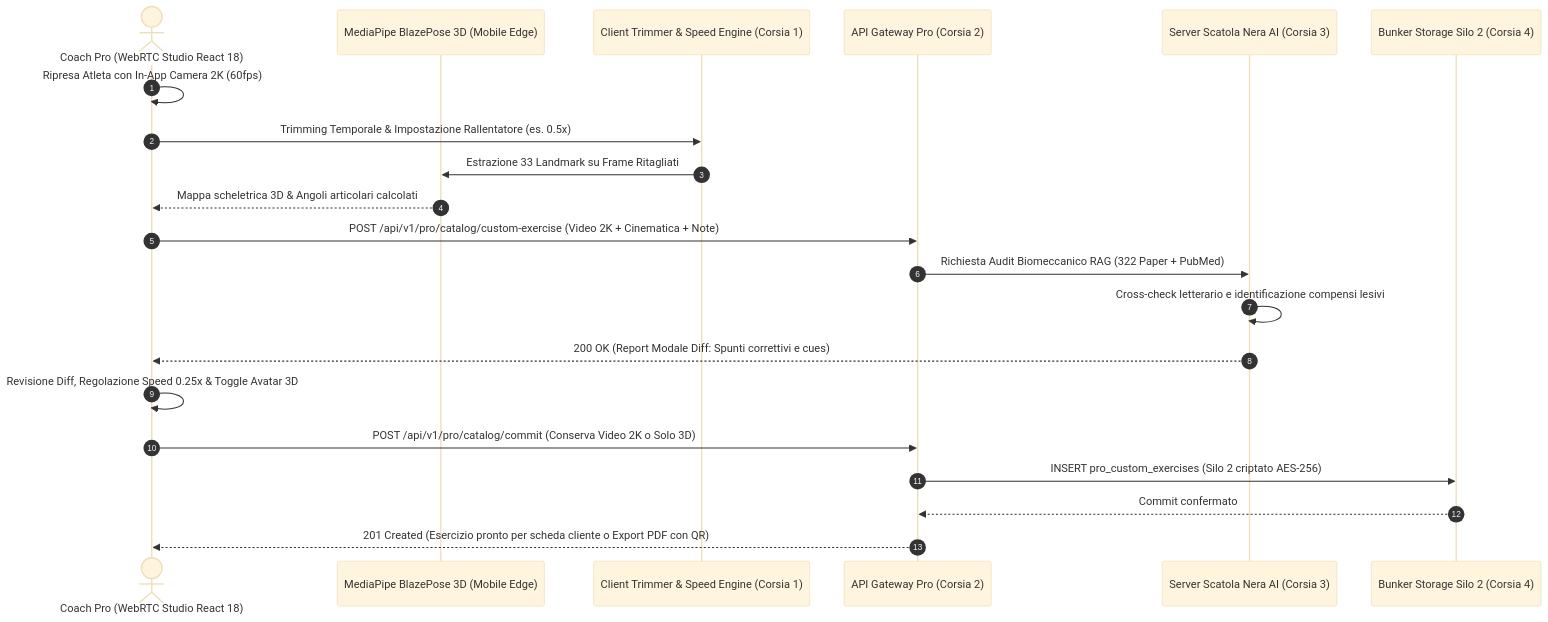
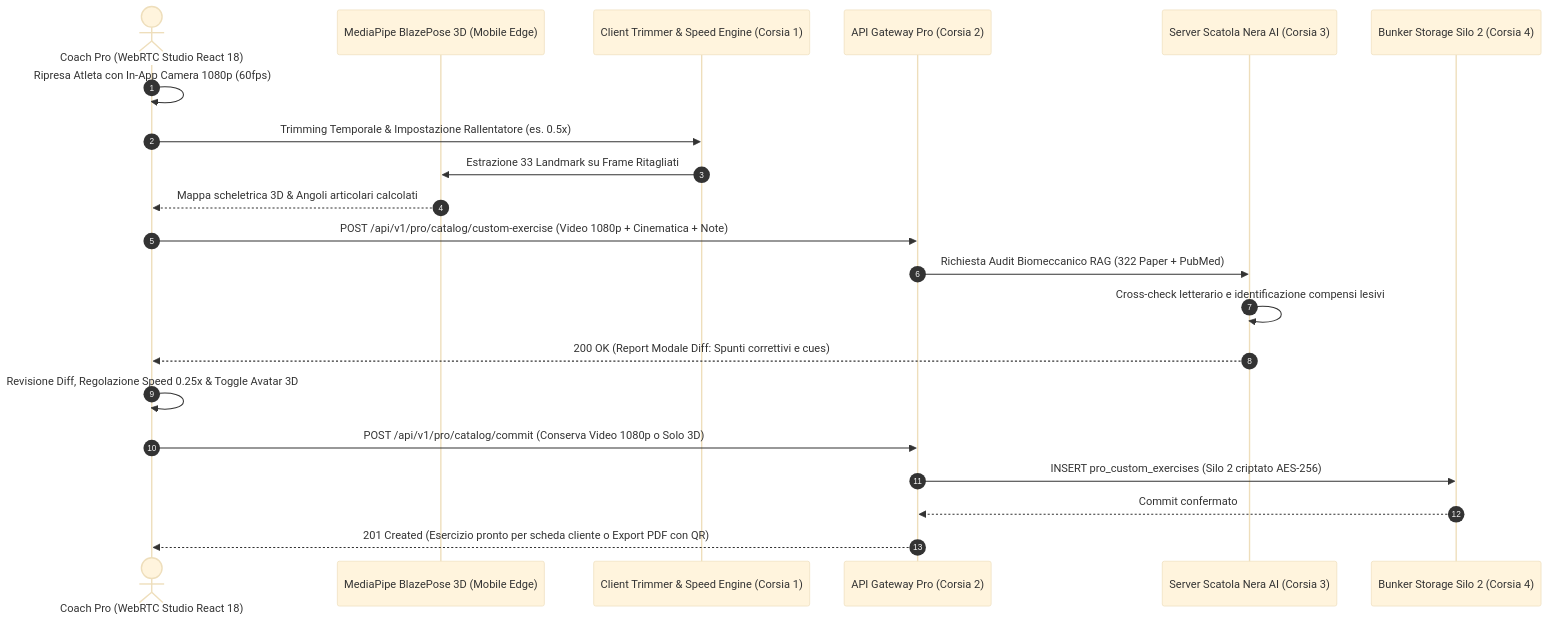
The diagram in architecture-blueprint/00-capitolato-tecnico-e-glossario/08-software-2-flow-2b-coach-hub.md (sportscience2025-star/Sports-Analytics-Platform---T7-Workout-APP), drawn with Mermaid (base theme) before and after one commit. The commit also changed other lines of this file and 6 other files, not shown here.

````diff
--- a/architecture-blueprint/00-capitolato-tecnico-e-glossario/08-software-2-flow-2b-coach-hub.md
+++ b/architecture-blueprint/00-capitolato-tecnico-e-glossario/08-software-2-flow-2b-coach-hub.md
@@ -54,26 +54,26 @@
 ```mermaid
 sequenceDiagram
     autonumber
     actor Coach as Coach Pro (WebRTC Studio React 18)
     participant EDGE as MediaPipe BlazePose 3D (Mobile Edge)
     participant TRIM as Client Trimmer & Speed Engine (Corsia 1)
     participant GW as API Gateway Pro (Corsia 2)
     participant RAG as Server Scatola Nera AI (Corsia 3)
     participant DB as Bunker Storage Silo 2 (Corsia 4)
 
-    Coach->>Coach: Ripresa Atleta con In-App Camera 2K (60fps)
+    Coach->>Coach: Ripresa Atleta con In-App Camera 1080p (60fps)
     Coach->>TRIM: Trimming Temporale & Impostazione Rallentatore (es. 0.5x)
     TRIM->>EDGE: Estrazione 33 Landmark su Frame Ritagliati
     EDGE-->>Coach: Mappa scheletrica 3D & Angoli articolari calcolati
     
-    Coach->>GW: POST /api/v1/pro/catalog/custom-exercise (Video 2K + Cinematica + Note)
+    Coach->>GW: POST /api/v1/pro/catalog/custom-exercise (Video 1080p + Cinematica + Note)
     GW->>RAG: Richiesta Audit Biomeccanico RAG (322 Paper + PubMed)
     RAG->>RAG: Cross-check letterario e identificazione compensi lesivi
     RAG-->>Coach: 200 OK (Report Modale Diff: Spunti correttivi e cues)
     
     Coach->>Coach: Revisione Diff, Regolazione Speed 0.25x & Toggle Avatar 3D
-    Coach->>GW: POST /api/v1/pro/catalog/commit (Conserva Video 2K o Solo 3D)
+    Coach->>GW: POST /api/v1/pro/catalog/commit (Conserva Video 1080p o Solo 3D)
     GW->>DB: INSERT pro_custom_exercises (Silo 2 criptato AES-256)
     DB-->>GW: Commit confermato
     GW-->>Coach: 201 Created (Esercizio pronto per scheda cliente o Export PDF con QR)
 ```
````
